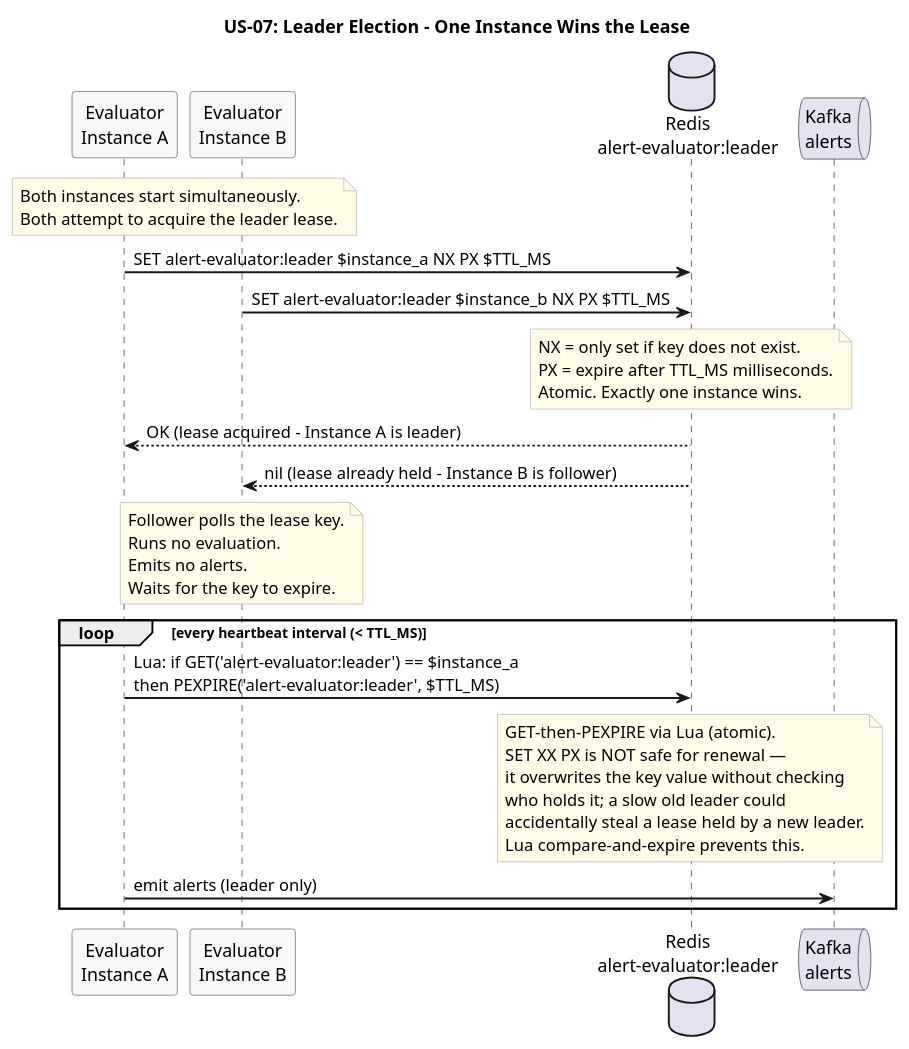
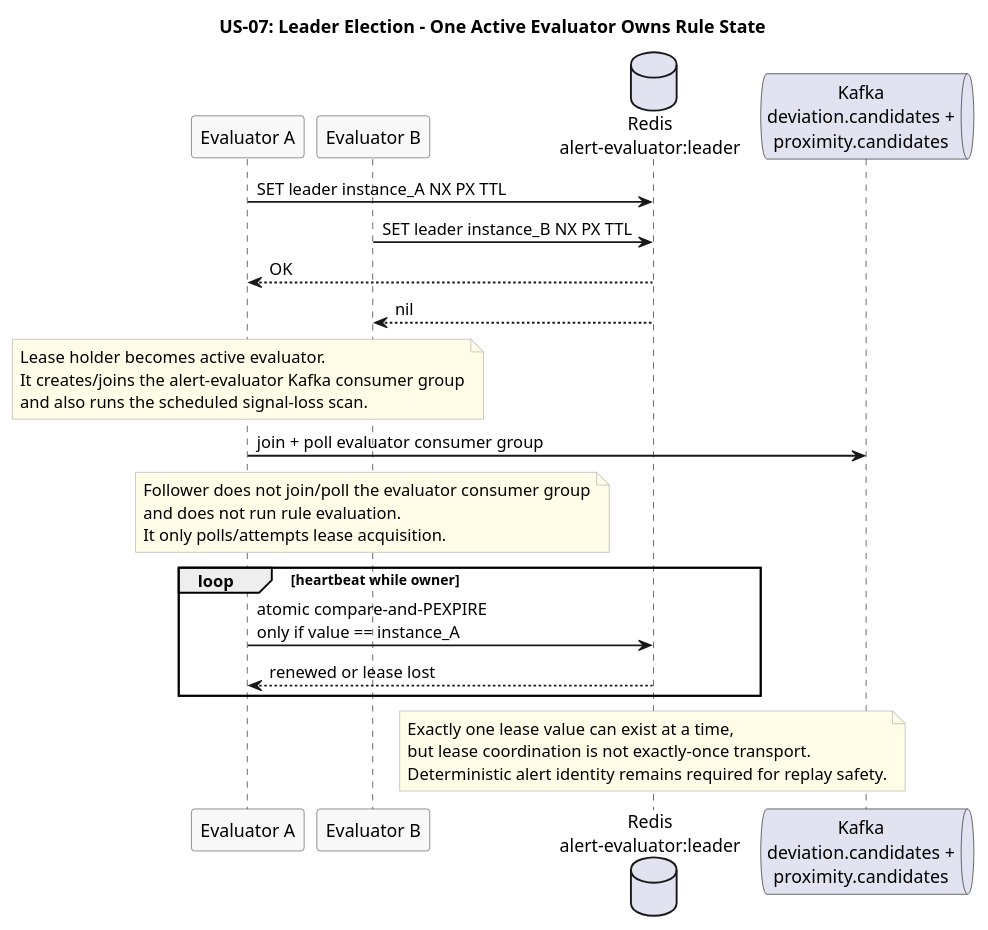
Before and after one commit to Buffden/sentinel: the diagram in docs/use-cases/US-07-duplicate-free-alerts/leader-election.puml, drawn with PlantUML. The commit also changed 4 other files, not shown here.

```diff
--- a/docs/use-cases/US-07-duplicate-free-alerts/leader-election.puml
+++ b/docs/use-cases/US-07-duplicate-free-alerts/leader-election.puml
@@ -1,52 +1,45 @@
 @startuml leader-election
-title US-07: Leader Election - One Instance Wins the Lease
+title US-07: Leader Election - One Active Evaluator Owns Rule State
 
 skinparam sequenceArrowThickness 1.5
 skinparam participantBorderColor #555555
 skinparam participantBackgroundColor #F8F8F8
 skinparam noteBorderColor #AAAAAA
 skinparam noteBackgroundColor #FFFDE7
 
-participant "Evaluator\nInstance A" as A
-participant "Evaluator\nInstance B" as B
+participant "Evaluator A" as A
+participant "Evaluator B" as B
 database "Redis\nalert-evaluator:leader" as Redis
-queue "Kafka\nalerts" as Kafka
+queue "Kafka\ndeviation.candidates +\nproximity.candidates" as Candidates
 
-note over A, B
-  Both instances start simultaneously.
-  Both attempt to acquire the leader lease.
+A -> Redis : SET leader instance_A NX PX TTL
+B -> Redis : SET leader instance_B NX PX TTL
+Redis --> A : OK
+Redis --> B : nil
+
+note over A
+  Lease holder becomes active evaluator.
+  It creates/joins the alert-evaluator Kafka consumer group
+  and also runs the scheduled signal-loss scan.
 end note
 
-A -> Redis : SET alert-evaluator:leader $instance_a NX PX $TTL_MS
-B -> Redis : SET alert-evaluator:leader $instance_b NX PX $TTL_MS
+A -> Candidates : join + poll evaluator consumer group
+
+note over B
+  Follower does not join/poll the evaluator consumer group
+  and does not run rule evaluation.
+  It only polls/attempts lease acquisition.
+end note
+
+loop heartbeat while owner
+  A -> Redis : atomic compare-and-PEXPIRE\nonly if value == instance_A
+  Redis --> A : renewed or lease lost
+end
 
 note over Redis
-  NX = only set if key does not exist.
-  PX = expire after TTL_MS milliseconds.
-  Atomic. Exactly one instance wins.
+  Exactly one lease value can exist at a time,
+  but lease coordination is not exactly-once transport.
+  Deterministic alert identity remains required for replay safety.
 end note
 
-Redis --> A : OK (lease acquired - Instance A is leader)
-Redis --> B : nil (lease already held - Instance B is follower)
-
-note over B
-  Follower polls the lease key.
-  Runs no evaluation.
-  Emits no alerts.
-  Waits for the key to expire.
-end note
-
-loop every heartbeat interval (< TTL_MS)
-  A -> Redis : Lua: if GET('alert-evaluator:leader') == $instance_a\nthen PEXPIRE('alert-evaluator:leader', $TTL_MS)
-  note over Redis
-    GET-then-PEXPIRE via Lua (atomic).
-    SET XX PX is NOT safe for renewal —
-    it overwrites the key value without checking
-    who holds it; a slow old leader could
-    accidentally steal a lease held by a new leader.
-    Lua compare-and-expire prevents this.
-  end note
-  A -> Kafka : emit alerts (leader only)
-end
-
 @enduml
```
